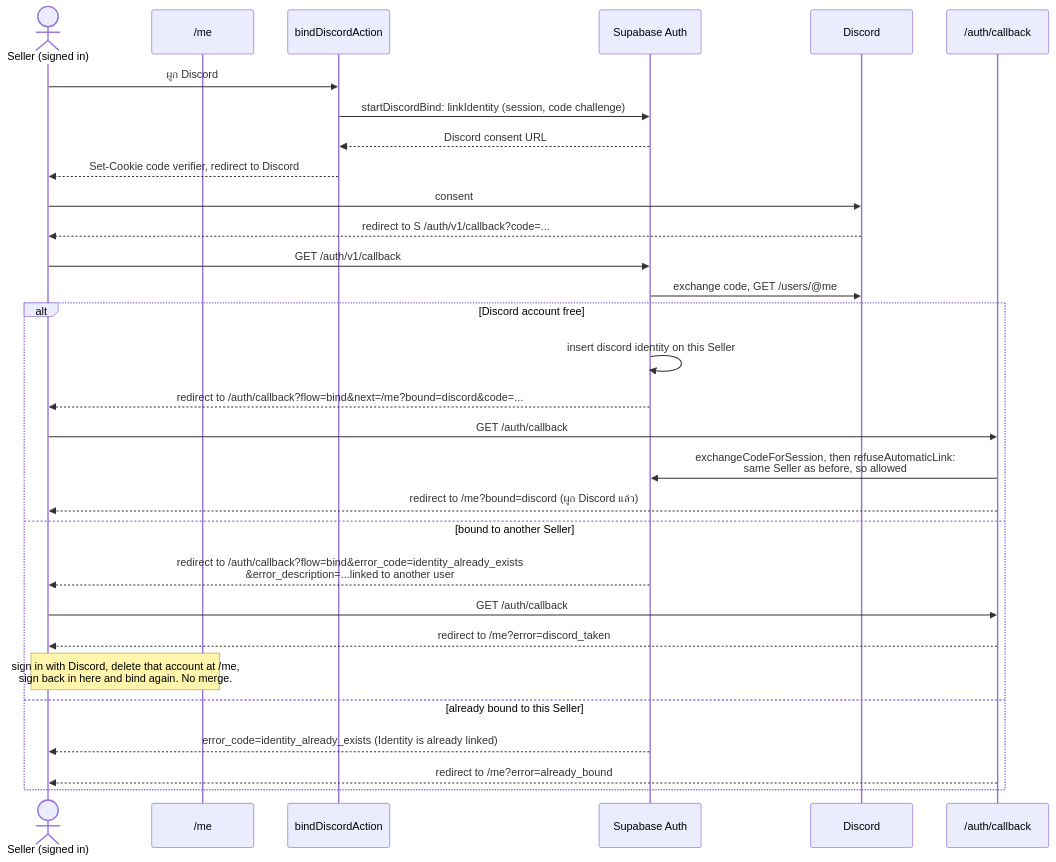
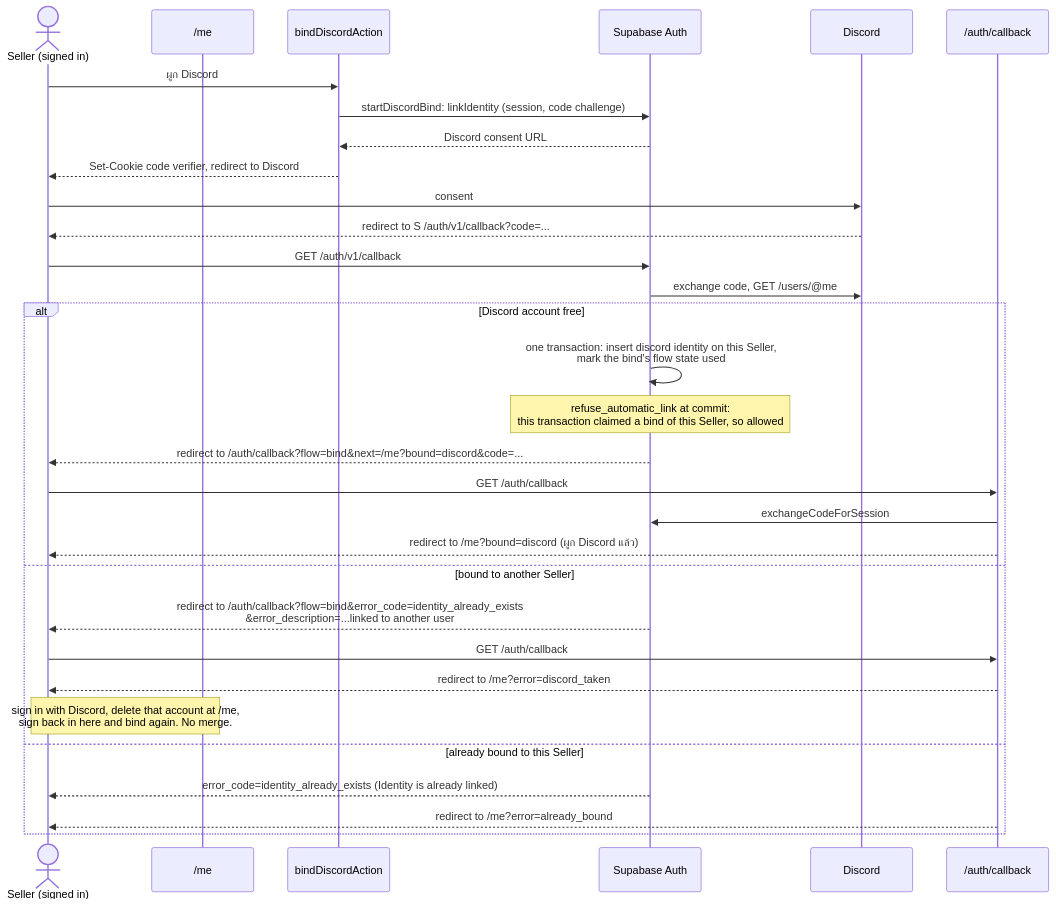
Before and after one commit to chuan-khuna/gumrai: the fourth of 9 diagrams in docs/documents/sign-in.md, drawn with Mermaid. The commit also changed other lines of this file and 4 other files, not shown here.

````diff
--- a/docs/documents/sign-in.md
+++ b/docs/documents/sign-in.md
@@ -221,32 +223,33 @@
 ```mermaid
 sequenceDiagram
 	actor Sl as Seller (signed in)
 	participant M as /me
 	participant A as bindDiscordAction
 	participant S as Supabase Auth
 	participant D as Discord
 	participant C as /auth/callback
 	Sl->>A: ผูก Discord
 	A->>S: startDiscordBind: linkIdentity (session, code challenge)
 	S-->>A: Discord consent URL
 	A-->>Sl: Set-Cookie code verifier, redirect to Discord
 	Sl->>D: consent
 	D-->>Sl: redirect to S /auth/v1/callback?code=...
 	Sl->>S: GET /auth/v1/callback
 	S->>D: exchange code, GET /users/@me
 	alt Discord account free
-		S->>S: insert discord identity on this Seller
+		S->>S: one transaction: insert discord identity on this Seller,<br/>mark the bind's flow state used
+		Note over S: refuse_automatic_link at commit:<br/>this transaction claimed a bind of this Seller, so allowed
 		S-->>Sl: redirect to /auth/callback?flow=bind&next=/me?bound=discord&code=...
 		Sl->>C: GET /auth/callback
-		C->>S: exchangeCodeForSession, then refuseAutomaticLink:<br/>same Seller as before, so allowed
+		C->>S: exchangeCodeForSession
 		C-->>Sl: redirect to /me?bound=discord (ผูก Discord แล้ว)
 	else bound to another Seller
 		S-->>Sl: redirect to /auth/callback?flow=bind&error_code=identity_already_exists<br/>&error_description=...linked to another user
 		Sl->>C: GET /auth/callback
 		C-->>Sl: redirect to /me?error=discord_taken
 		Note over Sl,M: sign in with Discord, delete that account at /me,<br/>sign back in here and bind again. No merge.
 	else already bound to this Seller
 		S-->>Sl: error_code=identity_already_exists (Identity is already linked)
 		C-->>Sl: redirect to /me?error=already_bound
 	end
 ```
````
